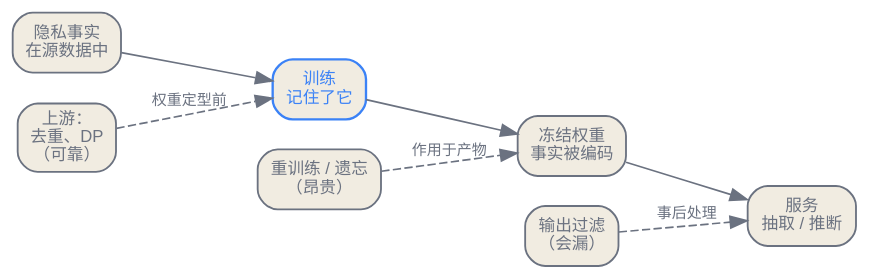
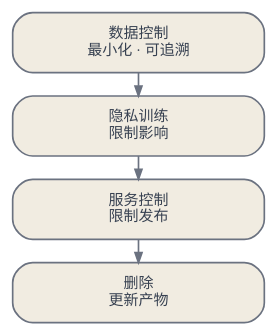
Before and after one commit to latere-ai/ai-as-an-infrastructure: the diagram in zh/safety/06-privacy-provenance-unlearning.qmd, drawn with Graphviz. The commit also changed other lines of this file and 3 other files, not shown here.

````diff
--- a/zh/safety/06-privacy-provenance-unlearning.qmd
+++ b/zh/safety/06-privacy-provenance-unlearning.qmd
@@ -15,25 +29,20 @@
 ```{dot}
-//| label: fig-privacy-lifecycle
-//| fig-cap: "一个隐私事实穿过技术栈的生命周期，以及可以介入的三个位置。上游控制（去重、差分隐私）在权重定型之前起作用；重训练或遗忘以高昂代价作用于已冻结的产物；下游输出过滤器是诱人却最弱的选项，因为它无法移除权重已经编码的东西。"
+//| label: fig-privacy-controls
+//| fig-cap: "隐私控制作用于不同阶段，支持的主张也不同。数据控制减少进入训练的数据；隐私训练限制指定单位的影响；服务控制减少发布的内容；删除则更新或停用受影响的产物。"
 digraph privacy {
-  rankdir=LR;
+  rankdir=TB;
   bgcolor="transparent";
-  node [shape=box, style="rounded,filled", fontname="Helvetica", fontsize=10, color="#6b7280", fontcolor="#6b7280", fillcolor="#f1ece1", penwidth=1.1];
-  edge [color="#6b7280", fontcolor="#6b7280", fontsize=9];
+  graph [nodesep=0.16, ranksep=0.20];
+  node [shape=box, style="rounded,filled", fontname="PingFang SC", fontsize=9,
+        color="#6b7280", fontcolor="#374151", fillcolor="#f1ece1",
+        margin="0.08,0.05", width=2.1];
+  edge [color="#6b7280", fontcolor="#6b7280", fontsize=8, arrowsize=0.6];
 
-  fact  [label="隐私事实\n在源数据中"];
-  train [label="训练\n记住了它", color="#3b82f6", fontcolor="#3b82f6", penwidth=1.4];
-  weights [label="冻结权重\n事实被编码"];
-  serve [label="服务\n抽取 / 推断"];
+  data [label="数据控制\n最小化 · 可追溯"];
+  train [label="隐私训练\n限制影响"];
+  serve [label="服务控制\n限制发布"];
+  delete [label="删除\n更新产物"];
 
-  fact -> train -> weights -> serve;
-
-  up   [label="上游：\n去重、DP\n（可靠）"];
-  re   [label="重训练 / 遗忘\n（昂贵）"];
-  down [label="输出过滤\n（会漏）"];
-
-  up -> train [style=dashed, label="权重定型前"];
-  re -> weights [style=dashed, label="作用于产物"];
-  down -> serve [style=dashed, label="事后处理"];
+  data -> train -> serve -> delete;
 }
 ```
````
